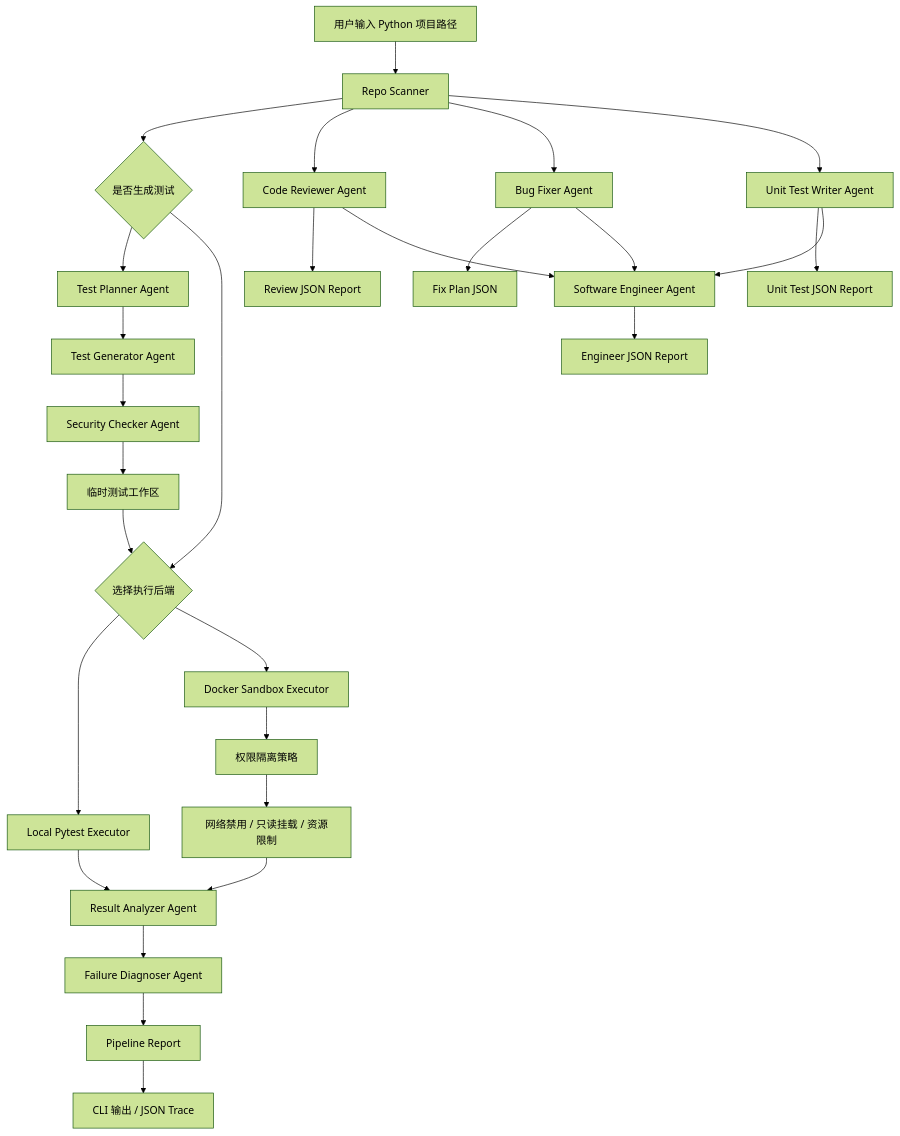
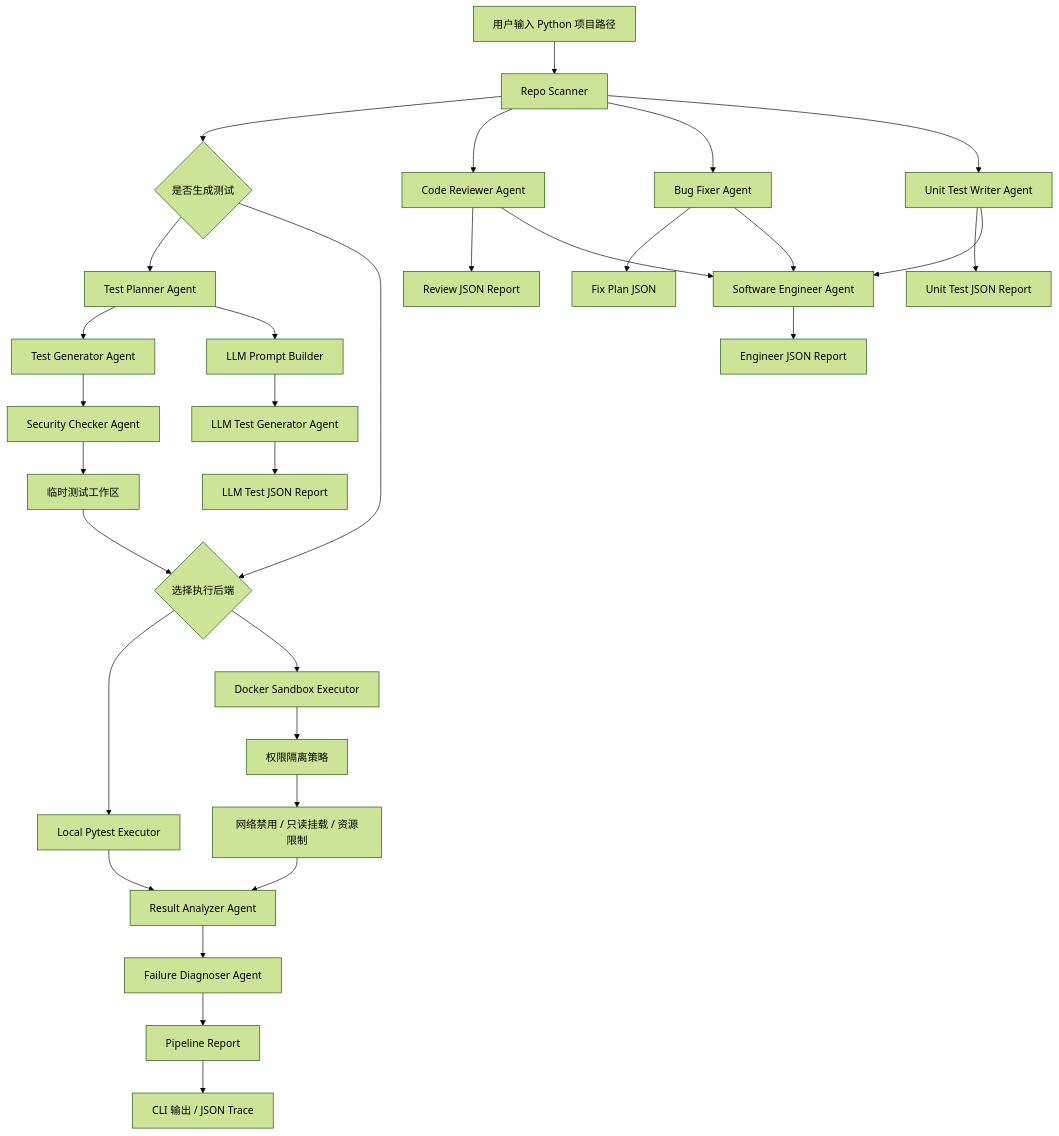
Before and after one commit to Isaacsen/cs599-project: the diagram in docs/CS599_大作业报告.md, drawn with Mermaid (forest theme). The commit also changed other lines of this file and 17 other files, not shown here.

Commit message:
Add LLM test generation agent

````diff
--- a/docs/CS599_大作业报告.md
+++ b/docs/CS599_大作业报告.md
@@ -121,30 +126,33 @@
 ```mermaid
 flowchart TD
     A["用户输入 Python 项目路径"] --> B["Repo Scanner"]
     B --> C{"是否生成测试"}
     C --> D["Test Planner Agent"]
     D --> E["Test Generator Agent"]
     E --> P["Security Checker Agent"]
     P --> N["临时测试工作区"]
     C --> F{"选择执行后端"}
     N --> F
     F --> G["Local Pytest Executor"]
     F --> H["Docker Sandbox Executor"]
     H --> I["权限隔离策略"]
     I --> J["网络禁用 / 只读挂载 / 资源限制"]
     G --> K["Result Analyzer Agent"]
     J --> K
     K --> O["Failure Diagnoser Agent"]
     O --> L["Pipeline Report"]
     L --> M["CLI 输出 / JSON Trace"]
     B --> Q["Code Reviewer Agent"]
     Q --> R["Review JSON Report"]
     B --> S["Bug Fixer Agent"]
     S --> T["Fix Plan JSON"]
     B --> U["Unit Test Writer Agent"]
     U --> V["Unit Test JSON Report"]
     Q --> W["Software Engineer Agent"]
     S --> W
     U --> W
     W --> X["Engineer JSON Report"]
+    D --> Y["LLM Prompt Builder"]
+    Y --> Z["LLM Test Generator Agent"]
+    Z --> AA["LLM Test JSON Report"]
 ```
````
